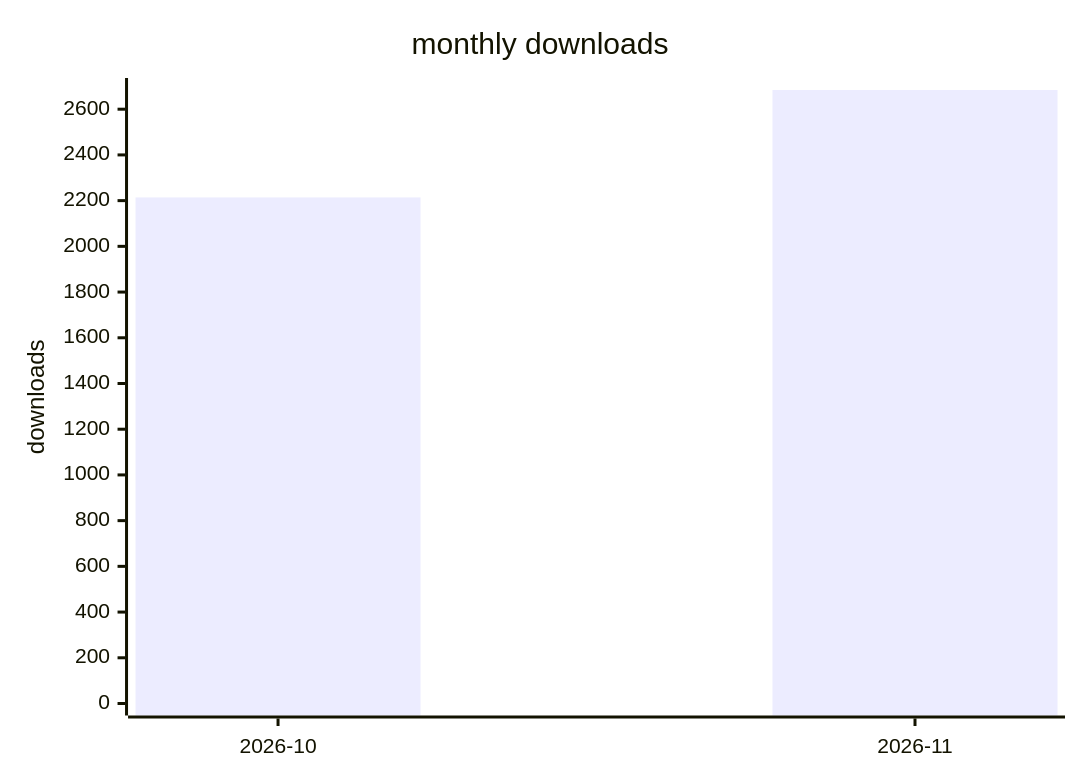
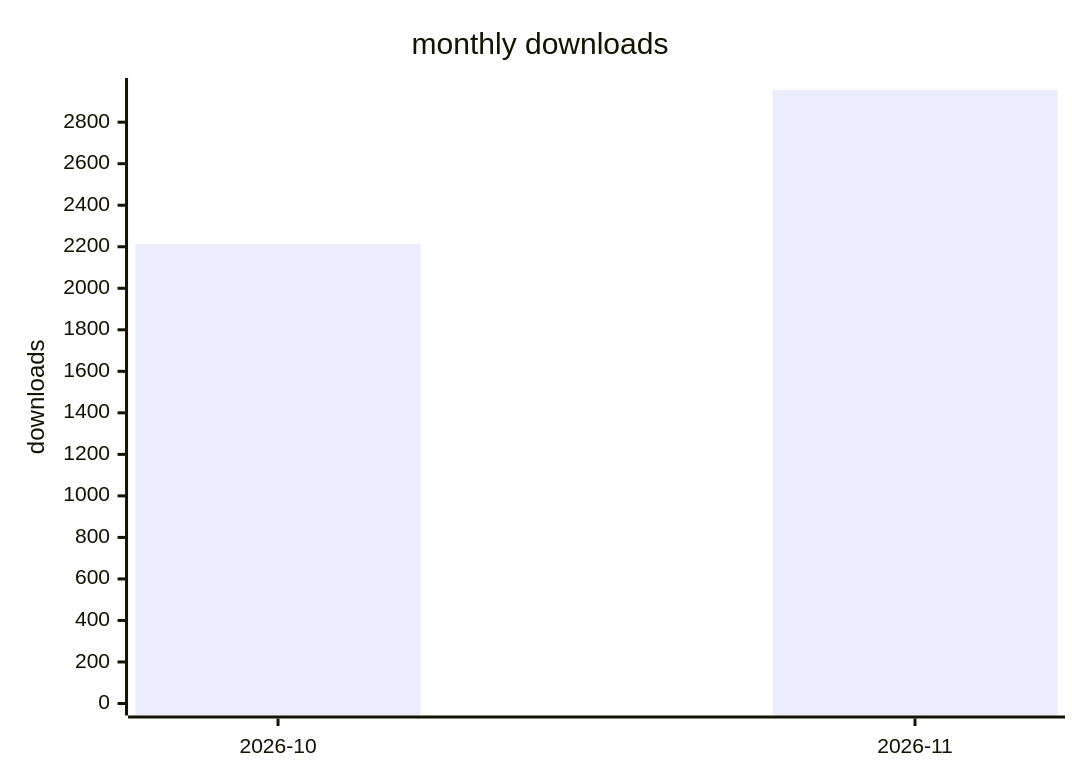
Before and after one commit to terry2010/dsh-rss-news-daily: the second of 2 diagrams in docs/downloads-2026.md, drawn with Mermaid. The commit also changed other lines of this file and 1 other file, not shown here.

````diff
--- a/docs/downloads-2026.md
+++ b/docs/downloads-2026.md
@@ -29,7 +29,7 @@
 ```mermaid
 xychart-beta
     title "monthly downloads"
     x-axis ["2026-10", "2026-11"]
-    y-axis "downloads" 0 --> 2684
-    bar [2214, 2684]
+    y-axis "downloads" 0 --> 2955
+    bar [2214, 2955]
 ```
````
